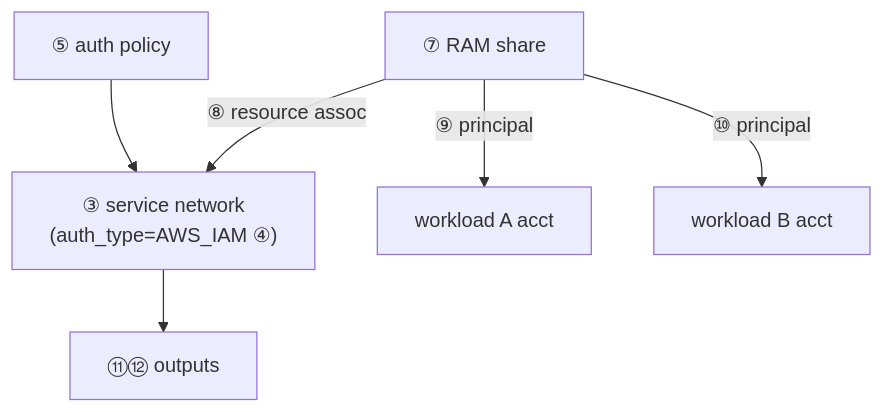
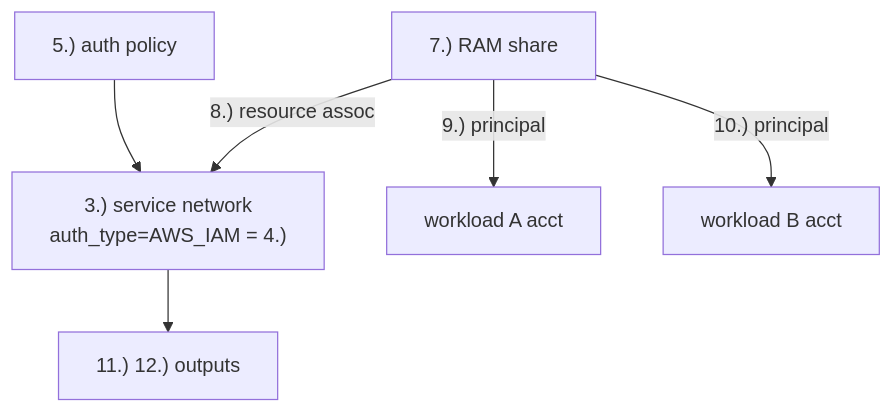
Before and after one commit to hrfmmr/dotfiles: the diagram in codex/skills/crit-explain/SKILL.md, drawn with Mermaid. The commit also changed other lines of this file and 2 other files, not shown here.

````diff
--- a/codex/skills/crit-explain/SKILL.md
+++ b/codex/skills/crit-explain/SKILL.md
@@ -76,8 +81,8 @@
 ```mermaid
 flowchart TD
-  AP["⑤ auth policy"] --> SN["③ service network<br/>(auth_type=AWS_IAM ④)"]
-  RS["⑦ RAM share"] -->|"⑧ resource assoc"| SN
-  RS -->|"⑨ principal"| A["workload A acct"]
-  RS -->|"⑩ principal"| B["workload B acct"]
-  SN --> OUT["⑪⑫ outputs"]
+  AP["5.) auth policy"] --> SN["3.) service network<br/>auth_type=AWS_IAM = 4.)"]
+  RS["7.) RAM share"] -->|"8.) resource assoc"| SN
+  RS -->|"9.) principal"| A["workload A acct"]
+  RS -->|"10.) principal"| B["workload B acct"]
+  SN --> OUT["11.) 12.) outputs"]
 ```
````
